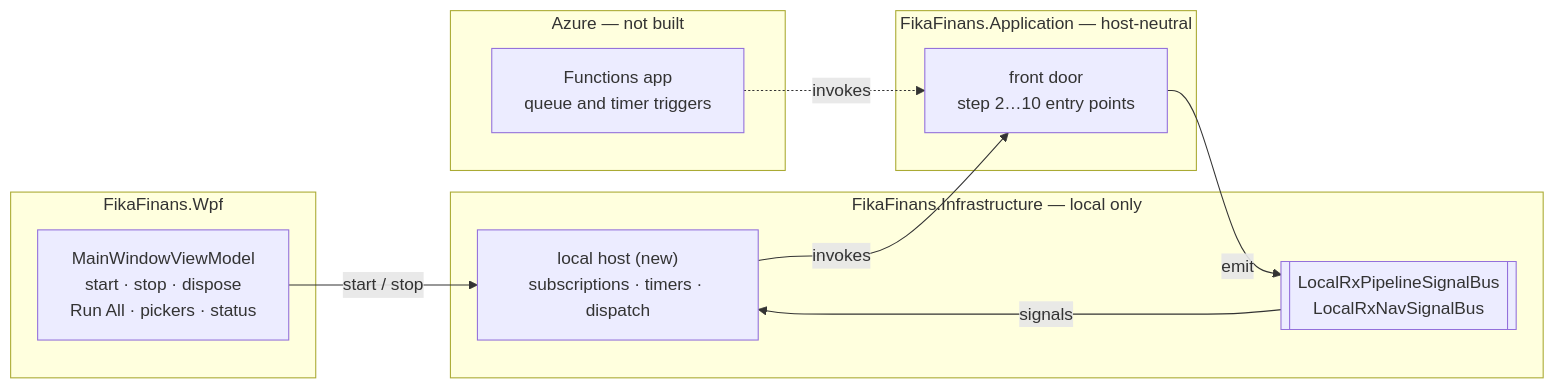
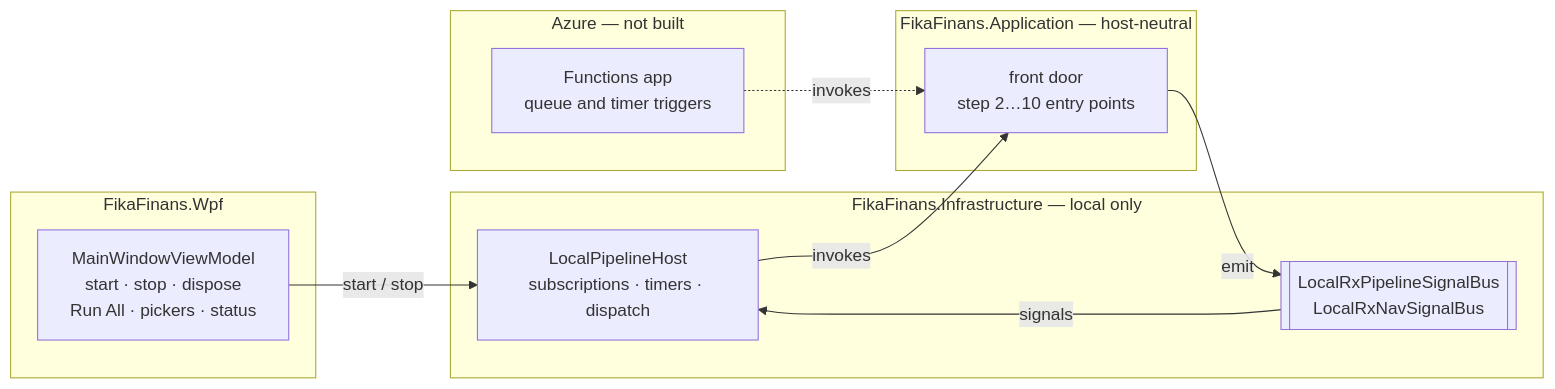
Before and after one commit to Muhomorik/FikaFinans: the first of 5 diagrams in Docs/pipeline-redesign/event-driven-orchestration-plan.md, drawn with Mermaid. The commit also changed other lines of this file and 4 other files, not shown here.

Commit message:
Update pipeline docs for local steps 9 and 10 implementation

````diff
--- a/Docs/pipeline-redesign/event-driven-orchestration-plan.md
+++ b/Docs/pipeline-redesign/event-driven-orchestration-plan.md
@@ -88,21 +92,21 @@
 ```mermaid
 flowchart LR
   subgraph wpf["FikaFinans.Wpf"]
     main["MainWindowViewModel<br/>start · stop · dispose<br/>Run All · pickers · status"]
   end
   subgraph infra["FikaFinans.Infrastructure — local only"]
-    host["local host (new)<br/>subscriptions · timers · dispatch"]
+    host["LocalPipelineHost<br/>subscriptions · timers · dispatch"]
     bus[["LocalRxPipelineSignalBus<br/>LocalRxNavSignalBus"]]
   end
   subgraph app["FikaFinans.Application — host-neutral"]
     entries["front door<br/>step 2…10 entry points"]
   end
   subgraph cloud["Azure — not built"]
     fn["Functions app<br/>queue and timer triggers"]
   end
   main -->|"start / stop"| host
   bus -->|signals| host
   host -->|invokes| entries
   fn -.->|invokes| entries
   entries -->|emit| bus
 ```
````
